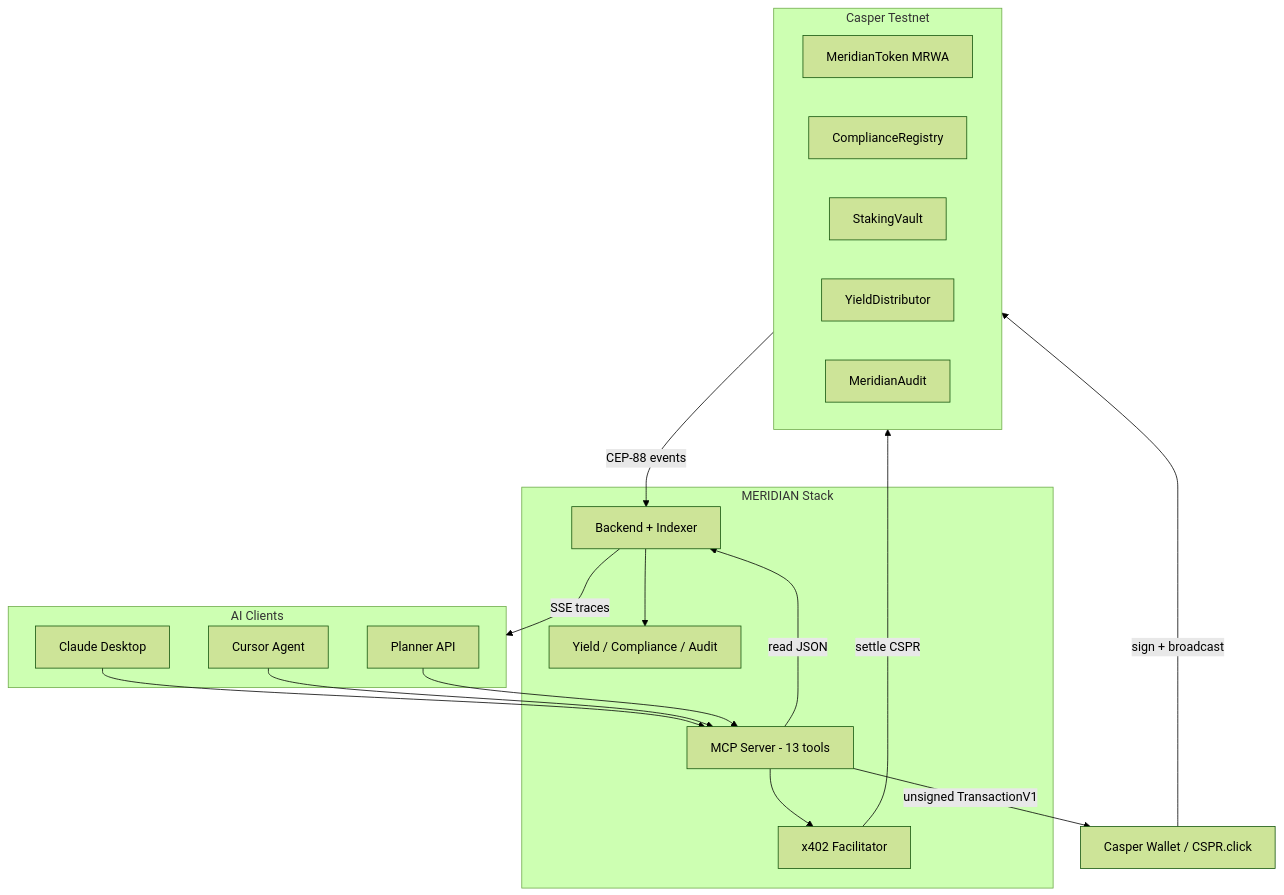
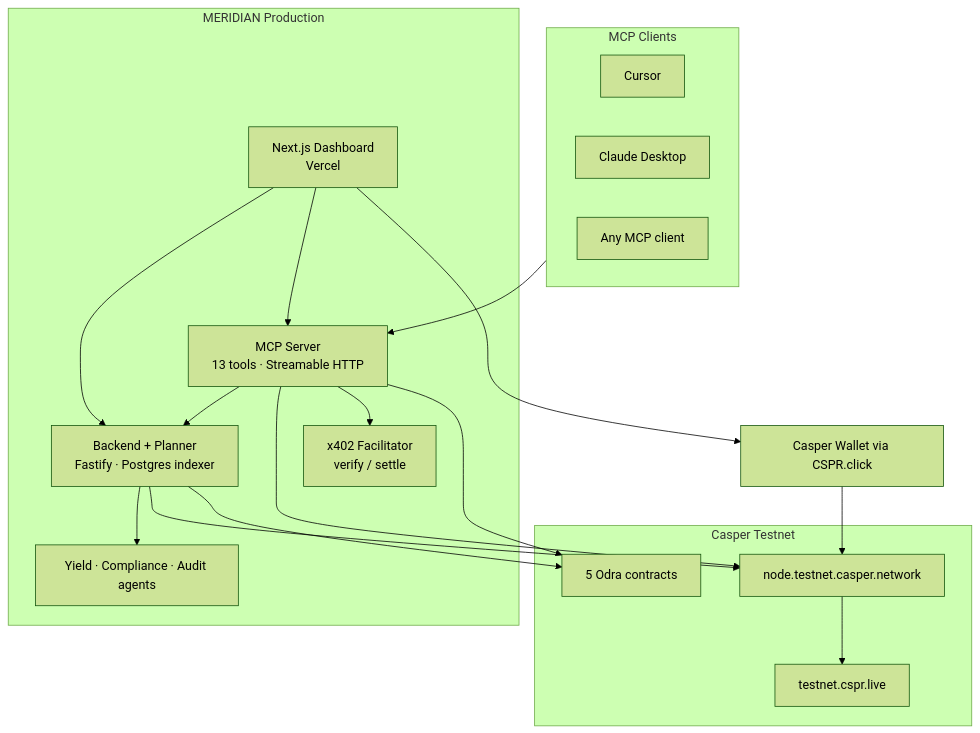
The diagram in README.md (mohamedwael201193/MERIDIAN), drawn with Mermaid (forest theme) before and after one commit. The commit also changed other lines of this file and 2 other files, not shown here.

````diff
--- a/README.md
+++ b/README.md
@@ -70,37 +116,38 @@
 ```mermaid
 flowchart TB
-  subgraph clients [AI Clients]
+  subgraph clients [MCP Clients]
+    Cursor[Cursor]
     Claude[Claude Desktop]
-    Cursor[Cursor Agent]
-    Planner[Planner API]
+    Other[Any MCP client]
   end
 
-  subgraph meridian [MERIDIAN Stack]
-    MCP[MCP Server - 13 tools]
-    X402[x402 Facilitator]
-    API[Backend + Indexer]
-    Agents[Yield / Compliance / Audit]
+  subgraph meridian [MERIDIAN Production]
+    FE[Next.js Dashboard<br/>Vercel]
+    MCP[MCP Server<br/>13 tools · Streamable HTTP]
+    BE[Backend + Planner<br/>Fastify · Postgres indexer]
+    X402[x402 Facilitator<br/>verify / settle]
+    Agents[Yield · Compliance · Audit agents]
   end
 
-  subgraph chain [Casper Testnet]
-    Token[MeridianToken MRWA]
-    Compliance[ComplianceRegistry]
-    Vault[StakingVault]
-    Yield[YieldDistributor]
-    Audit[MeridianAudit]
+  subgraph casper [Casper Testnet]
+    Contracts[5 Odra contracts]
+    RPC[node.testnet.casper.network]
+    Explorer[testnet.cspr.live]
   end
 
-  Wallet[Casper Wallet / CSPR.click]
+  Wallet[Casper Wallet via CSPR.click]
 
-  Claude --> MCP
-  Cursor --> MCP
-  Planner --> MCP
-  MCP -->|read JSON| API
-  MCP -->|unsigned TransactionV1| Wallet
-  Wallet -->|sign + broadcast| chain
-  chain -->|CEP-88 events| API
-  API --> Agents
+  clients --> MCP
+  FE --> BE
+  FE --> MCP
+  FE --> Wallet
+  MCP --> BE
+  MCP --> RPC
   MCP --> X402
-  X402 -->|settle CSPR| chain
-  API -->|SSE traces| clients
+  BE --> Agents
+  BE --> RPC
+  BE --> Contracts
+  MCP --> Contracts
+  Wallet --> RPC
+  RPC --> Explorer
 ```
````
